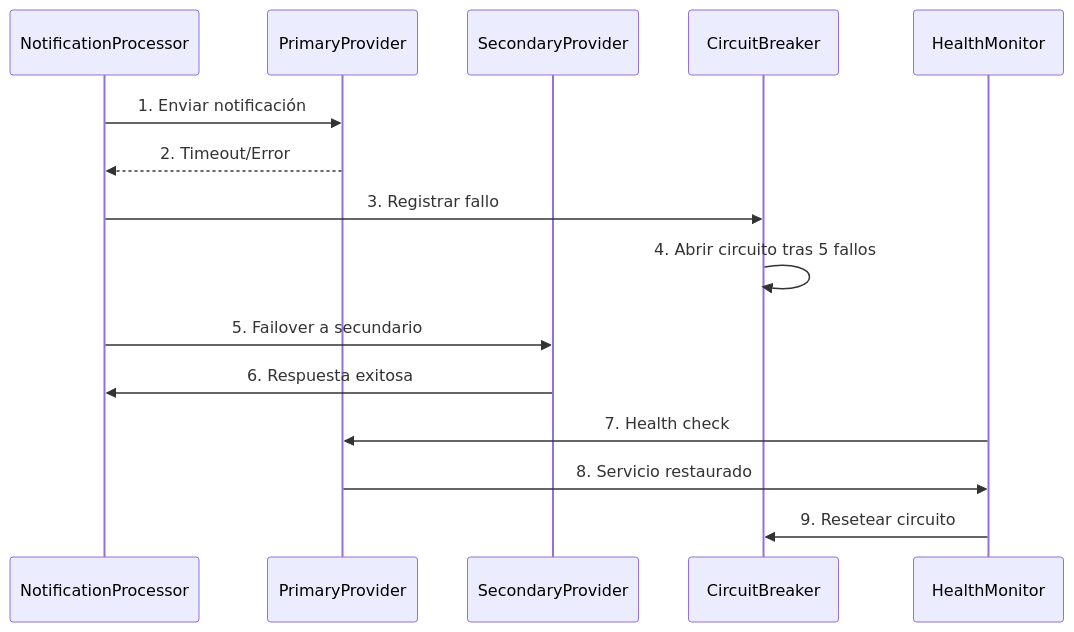
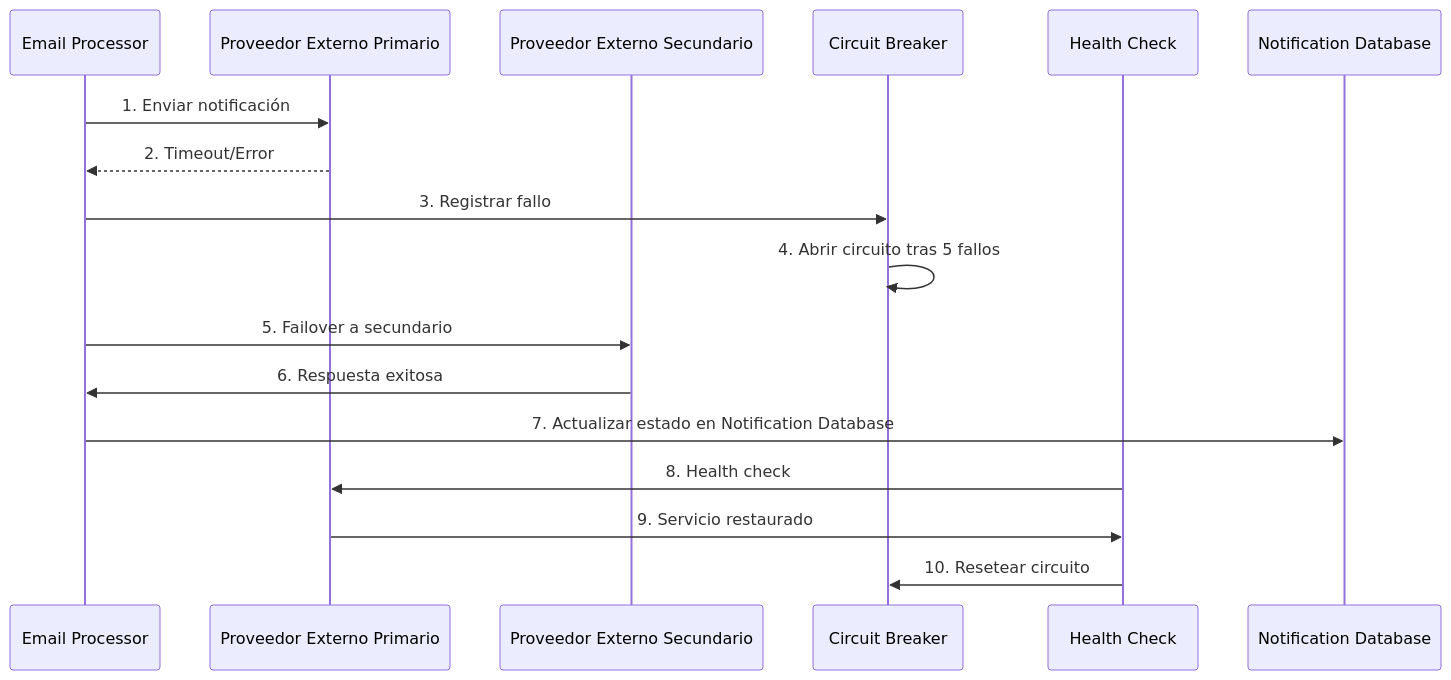
The second of 2 diagrams in docs/servicio-notificacion/06-vista-tiempo-ejecucion.md (jclemente-tlm/tlm-arq-servicios-corporativos), drawn with Mermaid before and after one commit. The commit also changed other lines of this file and 53 other files, not shown here.

````diff
--- a/docs/servicio-notificacion/06-vista-tiempo-ejecucion.md
+++ b/docs/servicio-notificacion/06-vista-tiempo-ejecucion.md
@@ -171,19 +97,21 @@
 ```mermaid
 sequenceDiagram
-    participant NotificationProcessor as NotificationProcessor
-    participant PrimaryProvider as PrimaryProvider
-    participant SecondaryProvider as SecondaryProvider
-    participant CircuitBreaker as CircuitBreaker
-    participant HealthMonitor as HealthMonitor
+    participant Processor as Email Processor
+    participant ProveedorPrimario as Proveedor Externo Primario
+    participant ProveedorSecundario as Proveedor Externo Secundario
+    participant CircuitBreaker as Circuit Breaker
+    participant HealthCheck as Health Check
+    participant DB as Notification Database
 
-    NotificationProcessor->>PrimaryProvider: 1. Enviar notificación
-    PrimaryProvider-->>NotificationProcessor: 2. Timeout/Error
-    NotificationProcessor->>CircuitBreaker: 3. Registrar fallo
+    Processor->>ProveedorPrimario: 1. Enviar notificación
+    ProveedorPrimario-->>Processor: 2. Timeout/Error
+    Processor->>CircuitBreaker: 3. Registrar fallo
     CircuitBreaker->>CircuitBreaker: 4. Abrir circuito tras 5 fallos
-    NotificationProcessor->>SecondaryProvider: 5. Failover a secundario
-    SecondaryProvider->>NotificationProcessor: 6. Respuesta exitosa
+    Processor->>ProveedorSecundario: 5. Failover a secundario
+    ProveedorSecundario->>Processor: 6. Respuesta exitosa
+    Processor->>DB: 7. Actualizar estado en Notification Database
 
-    HealthMonitor->>PrimaryProvider: 7. Health check
-    PrimaryProvider->>HealthMonitor: 8. Servicio restaurado
-    HealthMonitor->>CircuitBreaker: 9. Resetear circuito
+    HealthCheck->>ProveedorPrimario: 8. Health check
+    ProveedorPrimario->>HealthCheck: 9. Servicio restaurado
+    HealthCheck->>CircuitBreaker: 10. Resetear circuito
 ```
````
